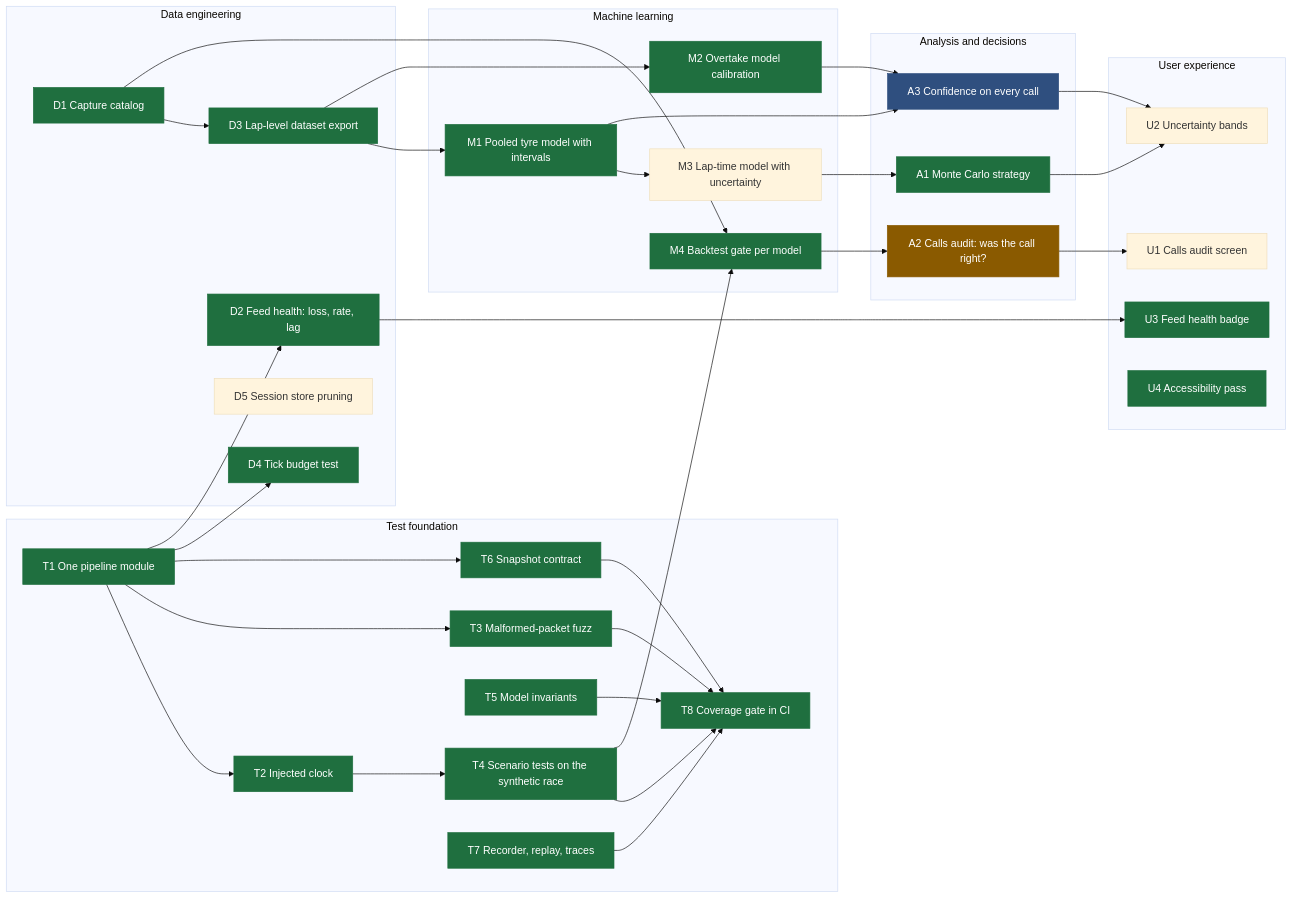
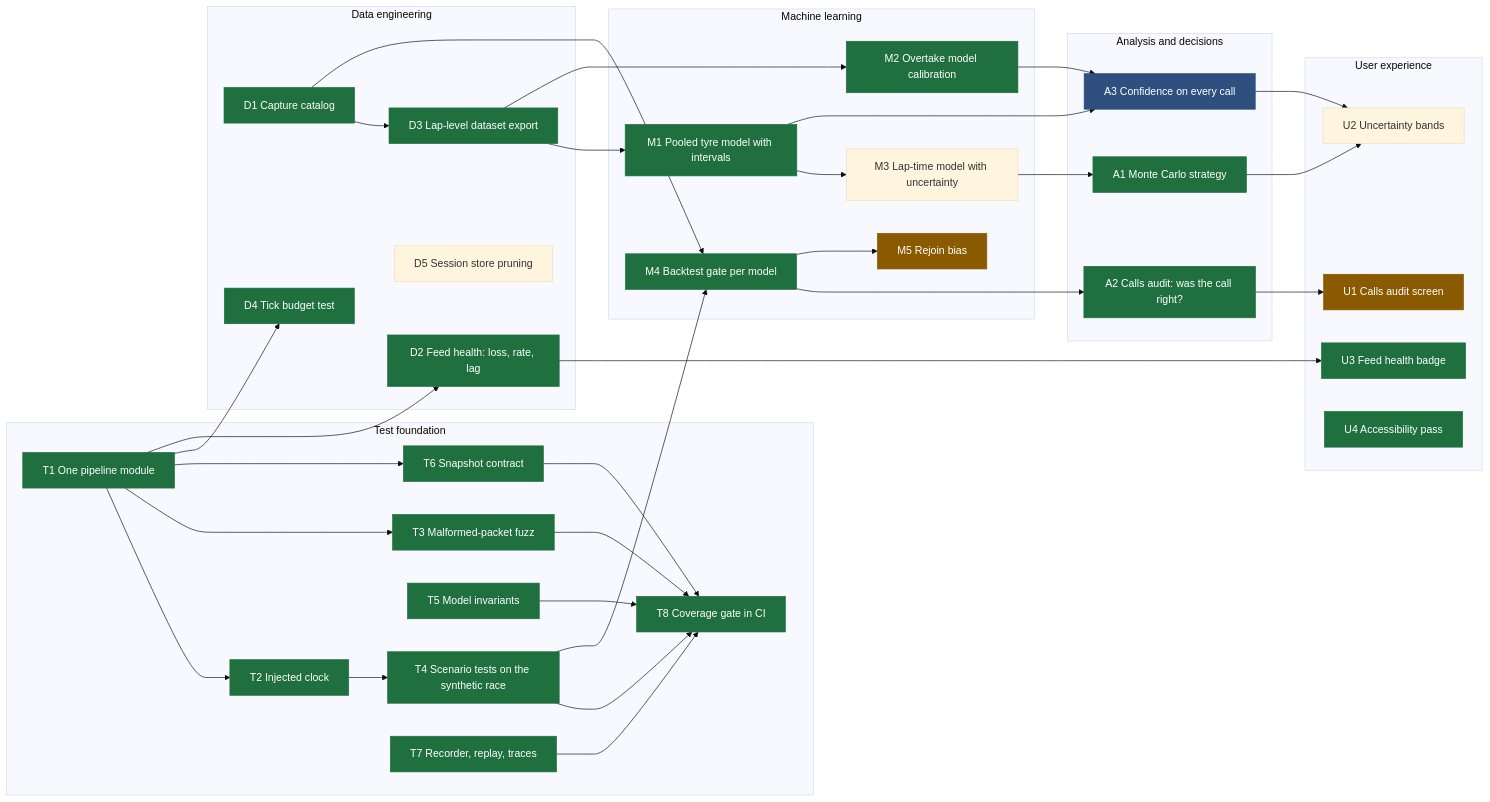
One commit to srikarnadella/f1-race-engineer changed the diagram in docs/roadmap.md. Above: the diagram before and after it, drawn with Mermaid (base theme). The commit also changed other lines of this file and 7 other files, not shown here.

````diff
--- a/docs/roadmap.md
+++ b/docs/roadmap.md
@@ -8,54 +8,56 @@
 ```mermaid
 flowchart LR
   classDef done fill:#1f6f3f,color:#fff,stroke:#1f6f3f
   classDef next fill:#8a5a00,color:#fff,stroke:#8a5a00
   classDef part fill:#2f4f7f,color:#fff,stroke:#2f4f7f
 
   subgraph T[Test foundation]
     T1[T1 One pipeline module]:::done
     T2[T2 Injected clock]:::done
     T3[T3 Malformed-packet fuzz]:::done
     T4[T4 Scenario tests on the synthetic race]:::done
     T5[T5 Model invariants]:::done
     T6[T6 Snapshot contract]:::done
     T7[T7 Recorder, replay, traces]:::done
     T8[T8 Coverage gate in CI]:::done
   end
   subgraph D[Data engineering]
     D1[D1 Capture catalog]:::done
     D2[D2 Feed health: loss, rate, lag]:::done
     D3[D3 Lap-level dataset export]:::done
     D4[D4 Tick budget test]:::done
     D5[D5 Session store pruning]
   end
   subgraph M[Machine learning]
     M1[M1 Pooled tyre model with intervals]:::done
     M2[M2 Overtake model calibration]:::done
     M3[M3 Lap-time model with uncertainty]
     M4[M4 Backtest gate per model]:::done
+    M5[M5 Rejoin bias]:::next
   end
   subgraph A[Analysis and decisions]
     A1[A1 Monte Carlo strategy]:::done
-    A2[A2 Calls audit: was the call right?]:::next
+    A2[A2 Calls audit: was the call right?]:::done
     A3[A3 Confidence on every call]:::part
   end
   subgraph U[User experience]
-    U1[U1 Calls audit screen]
+    U1[U1 Calls audit screen]:::next
     U2[U2 Uncertainty bands]
     U3[U3 Feed health badge]:::done
     U4[U4 Accessibility pass]:::done
   end
 
   T1 --> T2 --> T4
   T1 --> T3
   T1 --> T6
   T1 --> D4
   T3 & T4 & T5 & T6 & T7 --> T8
   T1 --> D2 --> U3
   D1 --> D3
   D3 --> M1 & M2
   M1 --> M3 --> A1
   D1 & T4 --> M4 --> A2 --> U1
+  M4 --> M5
   M1 & M2 --> A3 --> U2
   A1 --> U2
 ```
````
